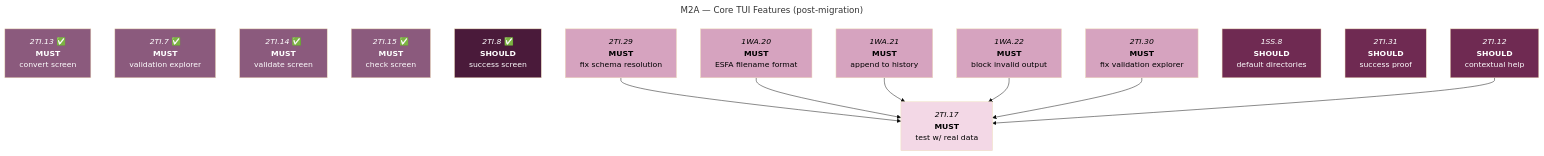
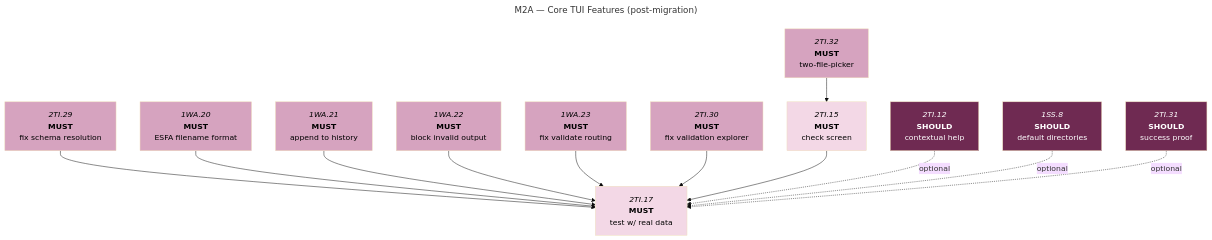
The second of 5 diagrams in docs/roadmaps/phase-1-mvp-features.md (foundersandcoders/iris), drawn with Mermaid (base theme) before and after one commit. The commit also changed other lines of this file, not shown here.

````diff
--- a/docs/roadmaps/phase-1-mvp-features.md
+++ b/docs/roadmaps/phase-1-mvp-features.md
@@ -148,34 +148,31 @@
 ```mermaid
 ---
 title: M2A — Core TUI Features (post-migration)
 ---
 graph TD
 
-2TI.13["`*2TI.13* ✅<br/>**MUST**<br/>convert screen`"]:::must-done
-2TI.7["`*2TI.7* ✅<br/>**MUST**<br/>validation explorer`"]:::must-done
-2TI.14["`*2TI.14* ✅<br/>**MUST**<br/>validate screen`"]:::must-done
-2TI.15["`*2TI.15* ✅<br/>**MUST**<br/>check screen`"]:::must-done
-2TI.8["`*2TI.8* ✅<br/>**SHOULD**<br/>success screen`"]:::should-done
-
 2TI.29["`*2TI.29*<br/>**MUST**<br/>fix schema resolution`"]:::must-open
 1WA.20["`*1WA.20*<br/>**MUST**<br/>ESFA filename format`"]:::must-open
 1WA.21["`*1WA.21*<br/>**MUST**<br/>append to history`"]:::must-open
 1WA.22["`*1WA.22*<br/>**MUST**<br/>block invalid output`"]:::must-open
+1WA.23["`*1WA.23*<br/>**MUST**<br/>fix validate routing`"]:::must-open
 2TI.30["`*2TI.30*<br/>**MUST**<br/>fix validation explorer`"]:::must-open
+2TI.32["`*2TI.32*<br/>**MUST**<br/>two-file-picker`"]:::must-open
+2TI.15["`*2TI.15*<br/>**MUST**<br/>check screen`"]:::must-blocked
+2TI.12["`*2TI.12*<br/>**SHOULD**<br/>contextual help`"]:::should-open
 1SS.8["`*1SS.8*<br/>**SHOULD**<br/>default directories`"]:::should-open
 2TI.31["`*2TI.31*<br/>**SHOULD**<br/>success proof`"]:::should-open
-
-2TI.29 & 1WA.20 & 1WA.21 & 1WA.22 & 2TI.30 --> 2TI.17
-2TI.12["`*2TI.12*<br/>**SHOULD**<br/>contextual help`"]:::should-open --> 2TI.17
 2TI.17["`*2TI.17*<br/>**MUST**<br/>test w/ real data`"]:::must-blocked
 
-classDef must-done fill:#8B5A7D,color:#fff;
+2TI.32 --> 2TI.15
+2TI.29 & 1WA.20 & 1WA.21 & 1WA.22 & 1WA.23 & 2TI.30 & 2TI.15 --> 2TI.17
+2TI.12 & 1SS.8 & 2TI.31 -.->|optional| 2TI.17
+
 classDef must-open fill:#D6A3BF,color:#000;
 classDef must-blocked fill:#F3D8E6,color:#000;
-classDef should-done fill:#4A1A3A,color:#fff;
 classDef should-open fill:#6F2A52,color:#fff;
 classDef should-blocked fill:#A45A84,color:#fff;
 classDef could-open fill:#3E7F96,color:#fff;
 classDef could-blocked fill:#5FA3BA,color:#fff;
 classDef mile fill:#E8EFF6,color:#000;
 ```
````
